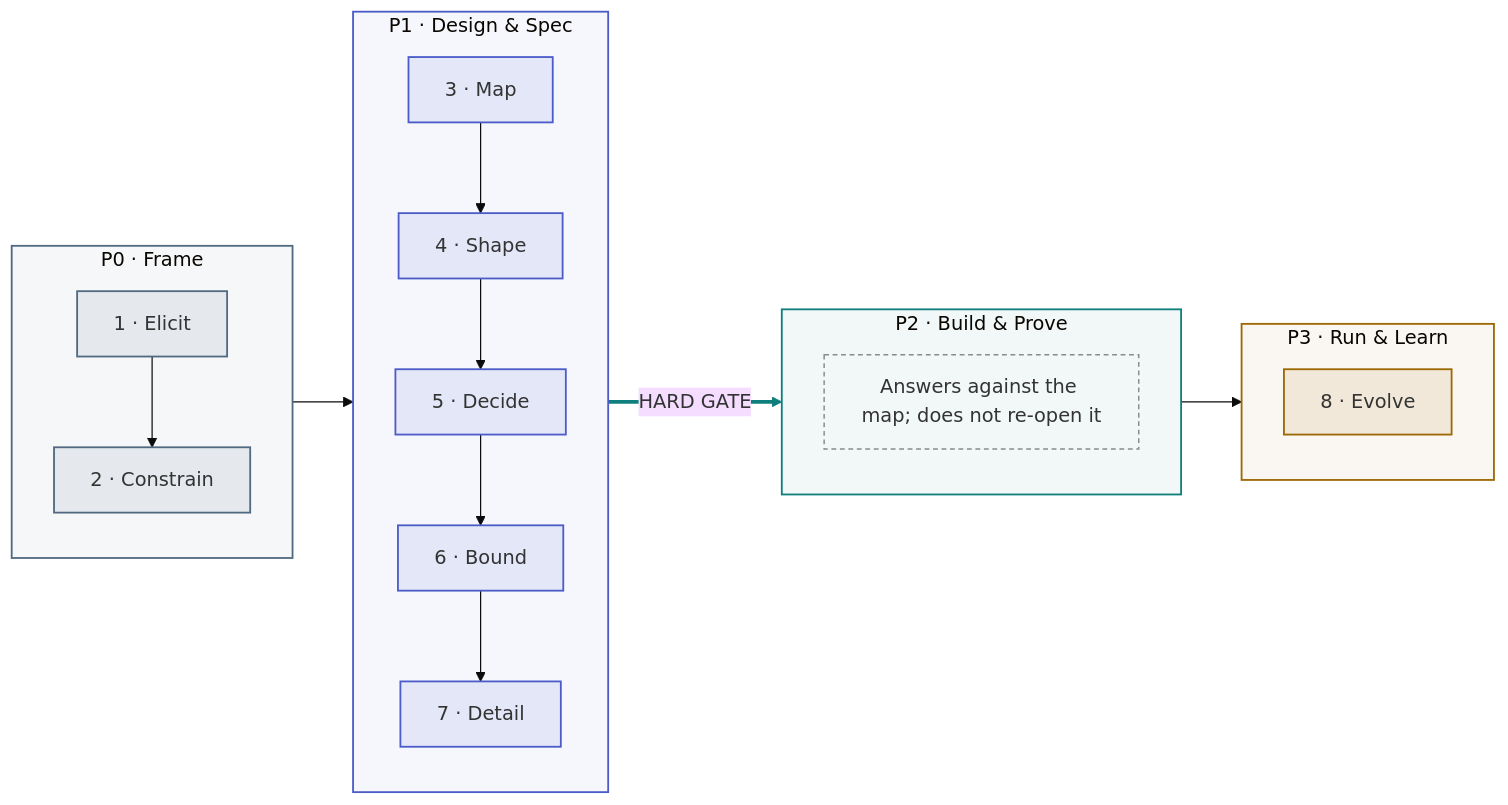
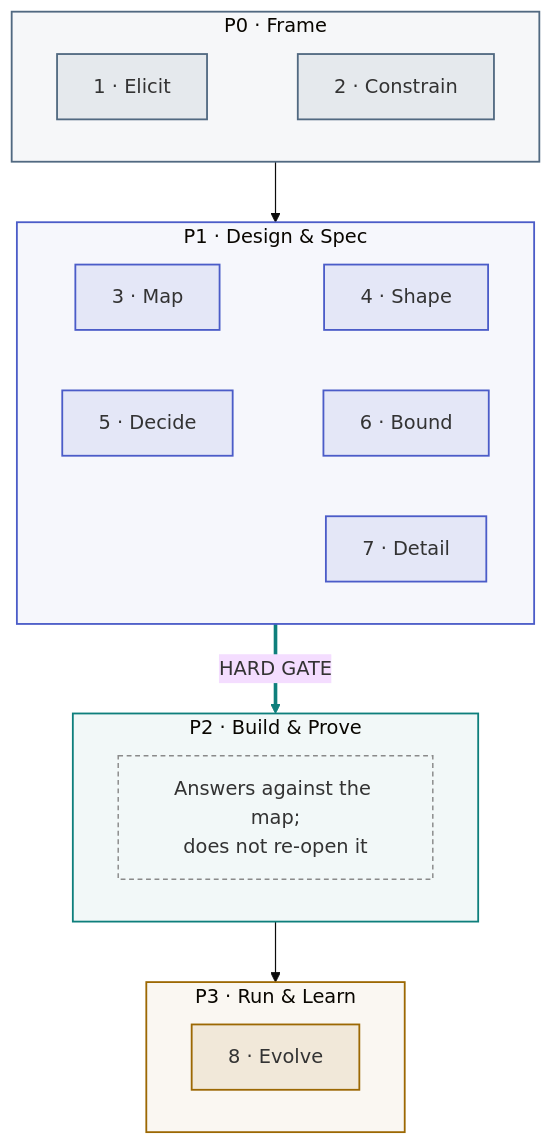
One commit to akash-coded/aws-bedrock-agentcore-strands changed the diagram in wiki/Journey-Solution-Architect.md. Above: the diagram before and after it, drawn with Mermaid (base theme). The commit also changed other lines of this file and 30 other files, not shown here.

````diff
--- a/wiki/Journey-Solution-Architect.md
+++ b/wiki/Journey-Solution-Architect.md
@@ -23,46 +25,38 @@
 ```mermaid
-flowchart LR
+flowchart TB
   subgraph P0["P0 · Frame"]
-    direction TB
-    S1["1 · Elicit"]
-    S2["2 · Constrain"]
-    S1 --> S2
+    direction LR
+    S1["1 · Elicit"] ~~~ S2["2 · Constrain"]
   end
   subgraph P1["P1 · Design & Spec"]
-    direction TB
-    S3["3 · Map"]
-    S4["4 · Shape"]
-    S5["5 · Decide"]
-    S6["6 · Bound"]
+    direction LR
+    S3["3 · Map"] ~~~ S4["4 · Shape"]
+    S5["5 · Decide"] ~~~ S6["6 · Bound"]
     S7["7 · Detail"]
-    S3 --> S4
-    S4 --> S5
-    S5 --> S6
-    S6 --> S7
   end
   subgraph P2["P2 · Build & Prove"]
-    direction TB
-    P2X["Answers against the map; does not re-open it"]
+    direction LR
+    P2X["Answers against the map;<br/>does not re-open it"]
   end
   subgraph P3["P3 · Run & Learn"]
-    direction TB
+    direction LR
     S8["8 · Evolve"]
   end
   P0 --> P1
   P1 -->|"HARD GATE"| P2
   P2 --> P3
   classDef p0 fill:#5169811A,stroke:#516981,stroke-width:1.5px
   class S1,S2 p0
   style P0 fill:#5169810D,stroke:#516981,stroke-width:1.5px
   classDef p1 fill:#4B5CC81A,stroke:#4B5CC8,stroke-width:1.5px
   class S3,S4,S5,S6,S7 p1
   style P1 fill:#4B5CC80D,stroke:#4B5CC8,stroke-width:1.5px
   classDef p2 fill:#0E7F7C1A,stroke:#0E7F7C,stroke-width:1.5px
   style P2 fill:#0E7F7C0D,stroke:#0E7F7C,stroke-width:1.5px
   classDef p3 fill:#9C68031A,stroke:#9C6803,stroke-width:1.5px
   class S8 p3
   style P3 fill:#9C68030D,stroke:#9C6803,stroke-width:1.5px
   classDef absent fill:none,stroke:#8A8A8A,stroke-width:1.2px,stroke-dasharray:4 3
   class P2X absent
-  linkStyle 6 stroke:#0E7F7C,stroke-width:3px
+  linkStyle 4 stroke:#0E7F7C,stroke-width:3px
 ```
````
